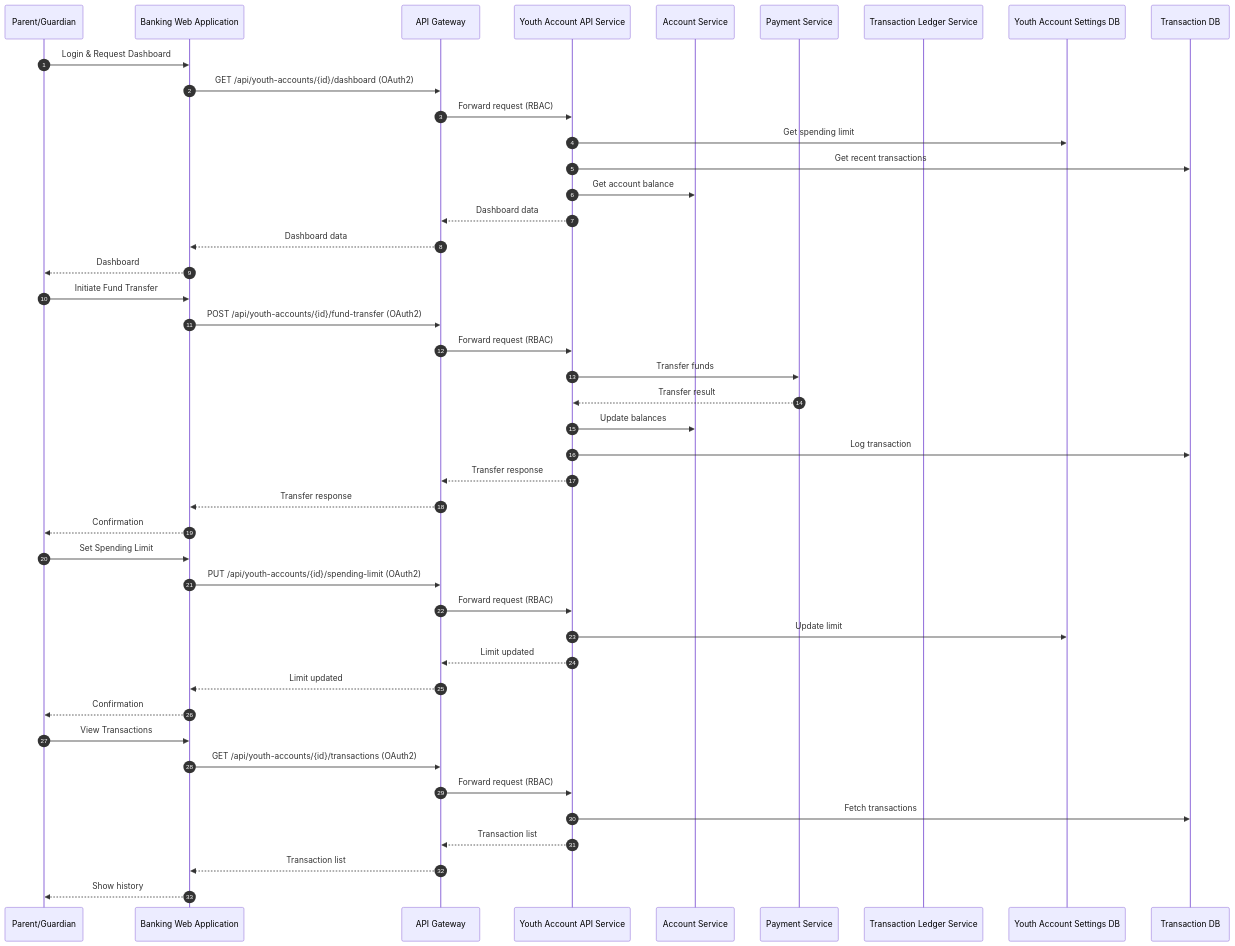
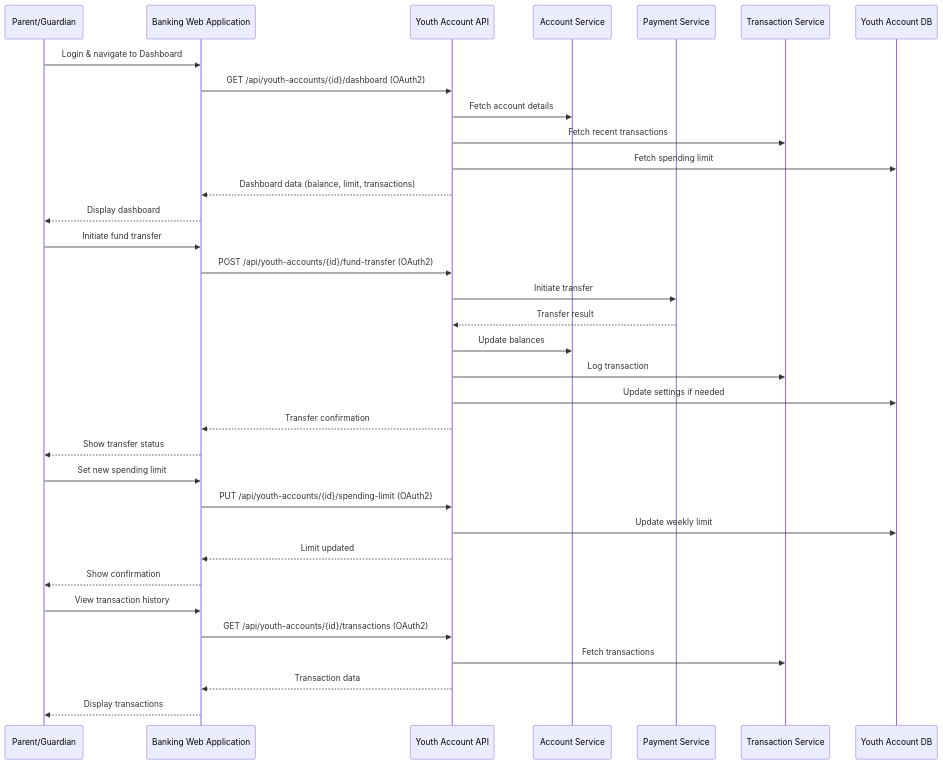
The diagram in Components and Sequence Diagrams/sequence_diagram.mmd (Ascend-Krithi/SCIB-Inception), drawn with Mermaid before and after one commit. The commit also changed 1 other file, not shown here.

```diff
--- a/Components and Sequence Diagrams/sequence_diagram.mmd
+++ b/Components and Sequence Diagrams/sequence_diagram.mmd
@@ -1,53 +1,43 @@
-%% Sequence Diagram for Youth Account Management APIs
+%% Sequence Diagram for Youth Account API (Mermaid)
 sequenceDiagram
-    autonumber
     participant Parent as Parent/Guardian
     participant WebApp as Banking Web Application
-    participant APIGW as API Gateway
-    participant YouthAPI as Youth Account API Service
-    participant AccountSvc as Account Service
-    participant PaymentSvc as Payment Service
-    participant TxnLedger as Transaction Ledger Service
-    participant SettingsDB as Youth Account Settings DB
-    participant TxnDB as Transaction DB
+    participant API as Youth Account API
+    participant Account as Account Service
+    participant Payment as Payment Service
+    participant Transaction as Transaction Service
+    participant DB as Youth Account DB
 
     %% Dashboard Retrieval
-    Parent->>WebApp: Login & Request Dashboard
-    WebApp->>APIGW: GET /api/youth-accounts/{id}/dashboard (OAuth2)
-    APIGW->>YouthAPI: Forward request (RBAC)
-    YouthAPI->>SettingsDB: Get spending limit
-    YouthAPI->>TxnDB: Get recent transactions
-    YouthAPI->>AccountSvc: Get account balance
-    YouthAPI-->>APIGW: Dashboard data
-    APIGW-->>WebApp: Dashboard data
-    WebApp-->>Parent: Dashboard
+    Parent->>WebApp: Login & navigate to Dashboard
+    WebApp->>API: GET /api/youth-accounts/{id}/dashboard (OAuth2)
+    API->>Account: Fetch account details
+    API->>Transaction: Fetch recent transactions
+    API->>DB: Fetch spending limit
+    API-->>WebApp: Dashboard data (balance, limit, transactions)
+    WebApp-->>Parent: Display dashboard
 
     %% Fund Transfer
-    Parent->>WebApp: Initiate Fund Transfer
-    WebApp->>APIGW: POST /api/youth-accounts/{id}/fund-transfer (OAuth2)
-    APIGW->>YouthAPI: Forward request (RBAC)
-    YouthAPI->>PaymentSvc: Transfer funds
-    PaymentSvc-->>YouthAPI: Transfer result
-    YouthAPI->>AccountSvc: Update balances
-    YouthAPI->>TxnDB: Log transaction
-    YouthAPI-->>APIGW: Transfer response
-    APIGW-->>WebApp: Transfer response
-    WebApp-->>Parent: Confirmation
+    Parent->>WebApp: Initiate fund transfer
+    WebApp->>API: POST /api/youth-accounts/{id}/fund-transfer (OAuth2)
+    API->>Payment: Initiate transfer
+    Payment-->>API: Transfer result
+    API->>Account: Update balances
+    API->>Transaction: Log transaction
+    API->>DB: Update settings if needed
+    API-->>WebApp: Transfer confirmation
+    WebApp-->>Parent: Show transfer status
 
     %% Set Spending Limit
-    Parent->>WebApp: Set Spending Limit
-    WebApp->>APIGW: PUT /api/youth-accounts/{id}/spending-limit (OAuth2)
-    APIGW->>YouthAPI: Forward request (RBAC)
-    YouthAPI->>SettingsDB: Update limit
-    YouthAPI-->>APIGW: Limit updated
-    APIGW-->>WebApp: Limit updated
-    WebApp-->>Parent: Confirmation
+    Parent->>WebApp: Set new spending limit
+    WebApp->>API: PUT /api/youth-accounts/{id}/spending-limit (OAuth2)
+    API->>DB: Update weekly limit
+    API-->>WebApp: Limit updated
+    WebApp-->>Parent: Show confirmation
 
     %% Transaction History
-    Parent->>WebApp: View Transactions
-    WebApp->>APIGW: GET /api/youth-accounts/{id}/transactions (OAuth2)
-    APIGW->>YouthAPI: Forward request (RBAC)
-    YouthAPI->>TxnDB: Fetch transactions
-    YouthAPI-->>APIGW: Transaction list
-    APIGW-->>WebApp: Transaction list
-    WebApp-->>Parent: Show history
+    Parent->>WebApp: View transaction history
+    WebApp->>API: GET /api/youth-accounts/{id}/transactions (OAuth2)
+    API->>Transaction: Fetch transactions
+    API-->>WebApp: Transaction data
+    WebApp-->>Parent: Display transactions
```
